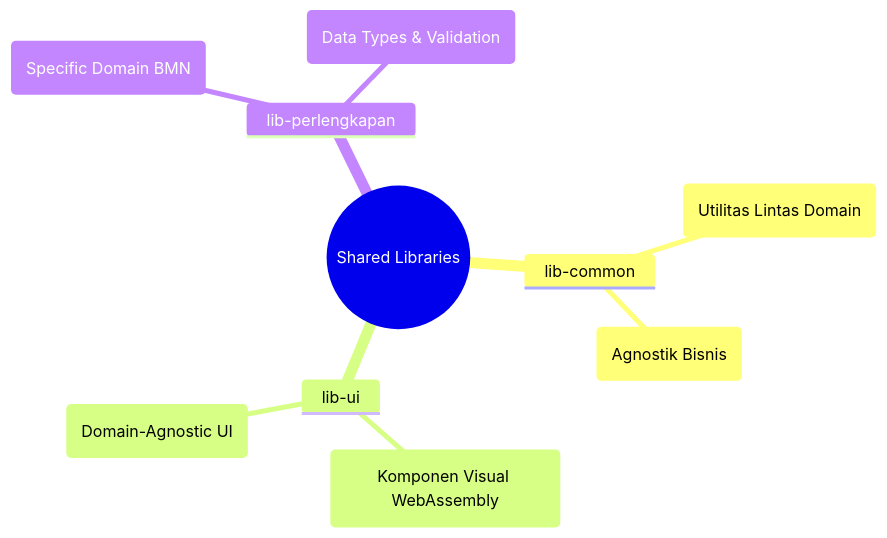
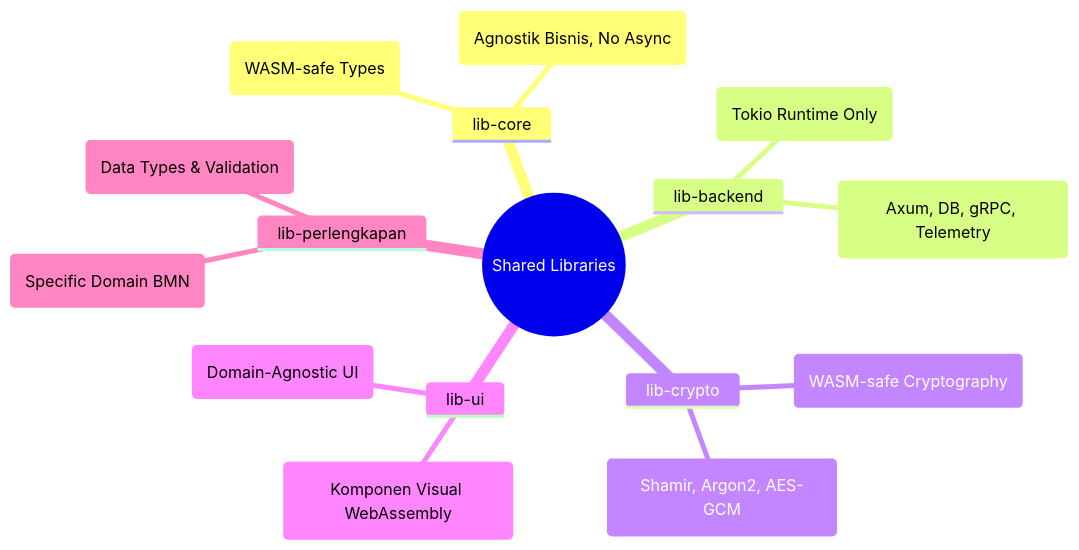
Before and after one commit to analisaperlengkapan/simpel2: the diagram in lib/AGENTS.md, drawn with Mermaid. The commit also changed other lines of this file and 4 other files, not shown here.

````diff
--- a/lib/AGENTS.md
+++ b/lib/AGENTS.md
@@ -11,13 +11,19 @@
 ```mermaid
 mindmap
   root((Shared Libraries))
-    lib-common
-      (Utilitas Lintas Domain)
-      (Agnostik Bisnis)
+    lib-core
+      (WASM-safe Types)
+      (Agnostik Bisnis, No Async)
+    lib-backend
+      (Axum, DB, gRPC, Telemetry)
+      (Tokio Runtime Only)
+    lib-crypto
+      (Shamir, Argon2, AES-GCM)
+      (WASM-safe Cryptography)
     lib-ui
       (Komponen Visual WebAssembly)
       (Domain-Agnostic UI)
     lib-perlengkapan
       (Specific Domain BMN)
       (Data Types & Validation)
 ```
````
